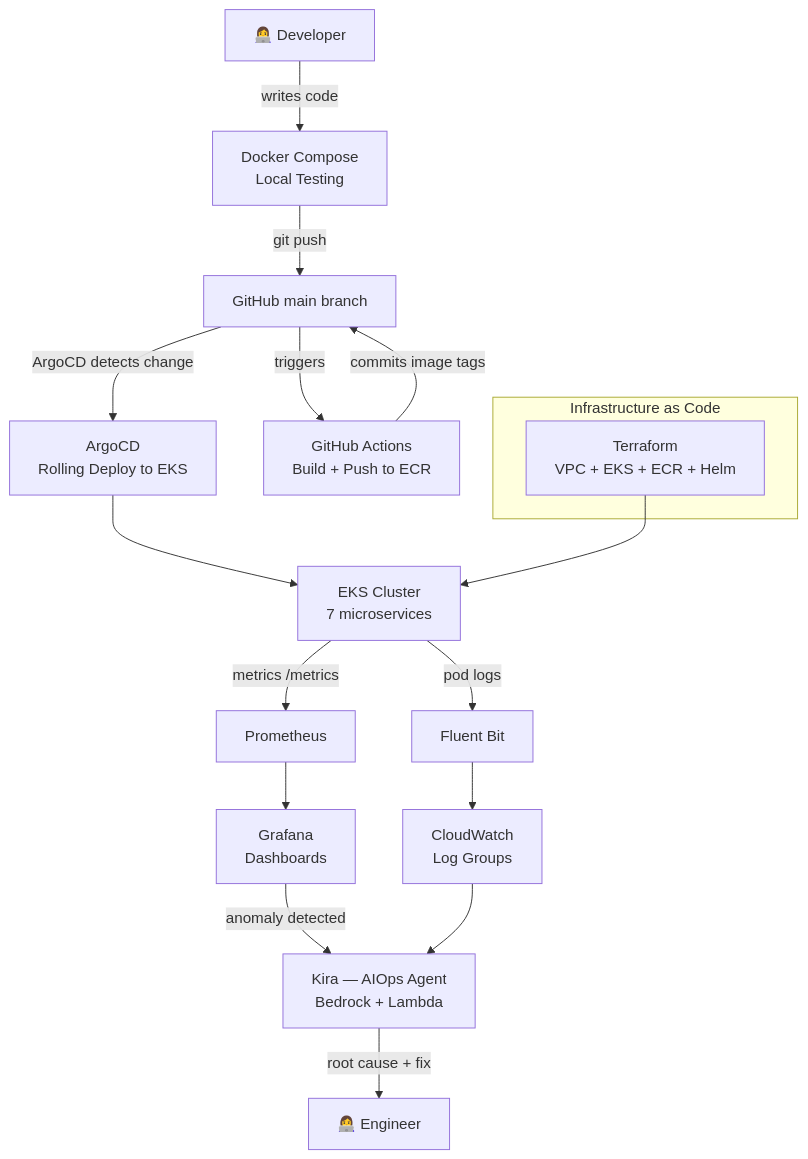
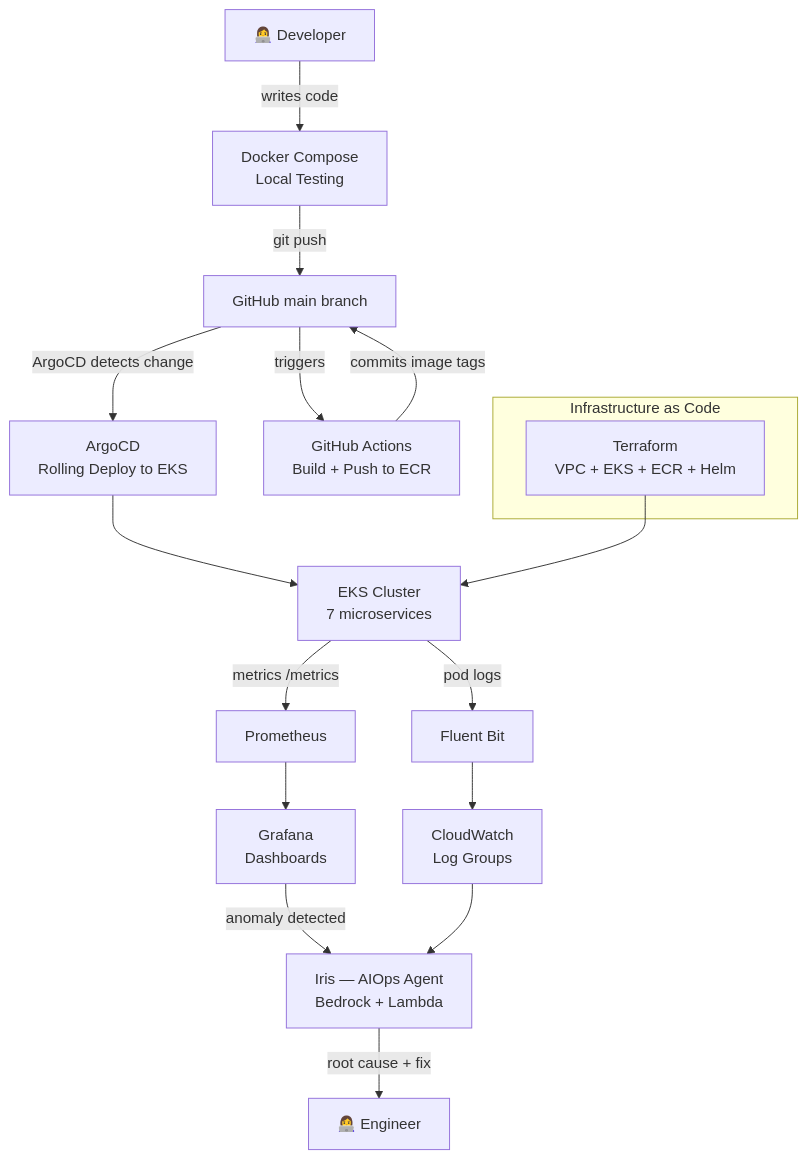
The tenth of 10 diagrams in docs/part2-workflow.md (amco-f22/aiops-ecommerce-platform), drawn with Mermaid before and after one commit. The commit also changed other lines of this file and 10 other files, not shown here.

First line of the commit message:
docs: rebrand AIOps assistant to Iris and enhance platform documentation

````diff
--- a/docs/part2-workflow.md
+++ b/docs/part2-workflow.md
@@ -291,21 +291,21 @@
 ```mermaid
 flowchart TD
     Dev[👩‍💻 Developer] -->|writes code| Local[Docker Compose\nLocal Testing]
     Local -->|git push| GH[GitHub main branch]
     GH -->|triggers| CI[GitHub Actions\nBuild + Push to ECR]
     CI -->|commits image tags| GH
     GH -->|ArgoCD detects change| Argo[ArgoCD\nRolling Deploy to EKS]
     Argo --> EKS[EKS Cluster\n7 microservices]
     EKS -->|metrics /metrics| Prom[Prometheus]
     EKS -->|pod logs| FB[Fluent Bit]
     Prom --> Grafana[Grafana\nDashboards]
     FB --> CW[CloudWatch\nLog Groups]
-    Grafana -->|anomaly detected| Kira[Kira — AIOps Agent\nBedrock + Lambda]
-    CW --> Kira
-    Kira -->|root cause + fix| Eng[👩‍💻 Engineer]
+    Grafana -->|anomaly detected| Iris[Iris — AIOps Agent\nBedrock + Lambda]
+    CW --> Iris
+    Iris -->|root cause + fix| Eng[👩‍💻 Engineer]
 
     subgraph IaC [Infrastructure as Code]
         TF[Terraform\nVPC + EKS + ECR + Helm]
     end
     TF --> EKS
 ```
````
